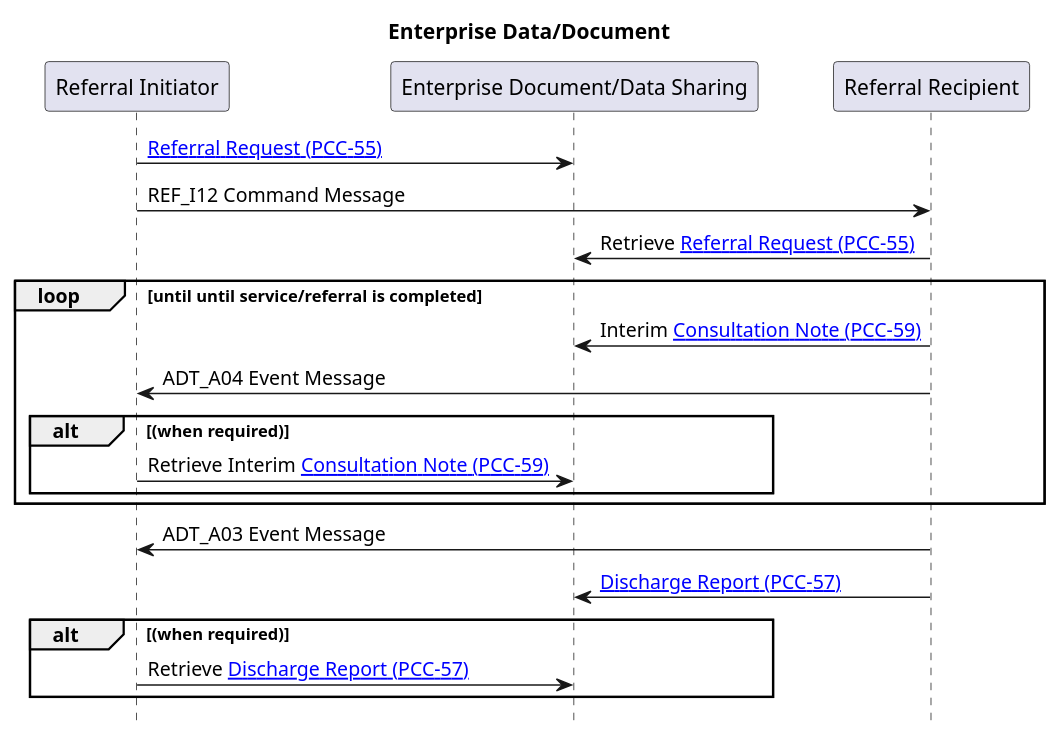
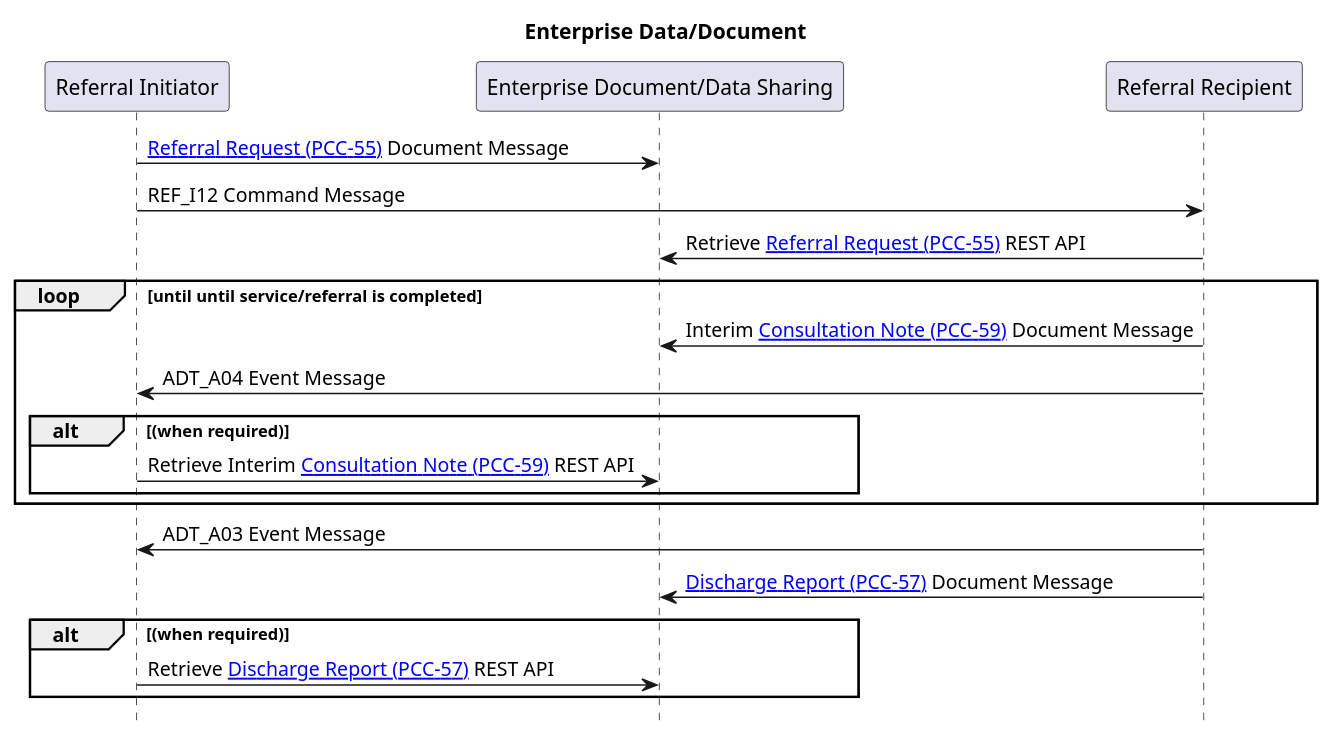
The diagram in input/images-source/eReferral-xds-sequence.plantuml (Virtually-Healthcare/virtually-healthcare.github.com), drawn with PlantUML before and after one commit. The commit also changed 2 other files, not shown here.

```diff
--- a/input/images-source/eReferral-xds-sequence.plantuml
+++ b/input/images-source/eReferral-xds-sequence.plantuml
@@ -1,29 +1,29 @@
 @startuml
 
 
 title "Enterprise Data/Document"
 
 hide footbox
 
 participant "Referral Initiator" as placer
 participant "Enterprise Document/Data Sharing" as XDS
 participant "Referral Recipient" as filler
 
-placer -> XDS : [[I12.html Referral Request (PCC-55)]]
+placer -> XDS : [[I12.html Referral Request (PCC-55)]] Document Message
 placer -> filler: REF_I12 Command Message
-filler -> XDS: Retrieve [[I12.html Referral Request (PCC-55)]]
+filler -> XDS: Retrieve [[I12.html Referral Request (PCC-55)]] REST API
 
 loop until until service/referral is completed
-filler -> XDS:  Interim [[A04.html Consultation Note (PCC-59)]]
+filler -> XDS:  Interim [[A04.html Consultation Note (PCC-59)]] Document Message
 filler -> placer: ADT_A04 Event Message
 alt (when required)
-placer -> XDS: Retrieve Interim [[A04.html Consultation Note (PCC-59)]]
+placer -> XDS: Retrieve Interim [[A04.html Consultation Note (PCC-59)]] REST API
 end
 end
 filler -> placer: ADT_A03 Event Message
-filler -> XDS: [[A03.html Discharge Report (PCC-57)]]
+filler -> XDS: [[A03.html Discharge Report (PCC-57)]] Document Message
 alt (when required)
-placer -> XDS: Retrieve [[A03.html Discharge Report (PCC-57)]]
+placer -> XDS: Retrieve [[A03.html Discharge Report (PCC-57)]] REST API
 end
 
 @enduml
```
